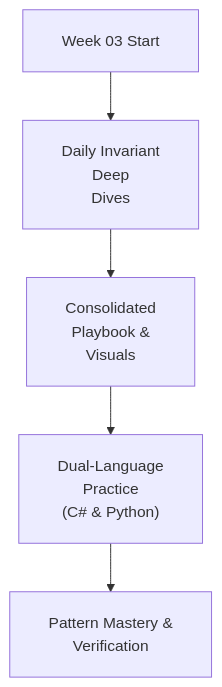
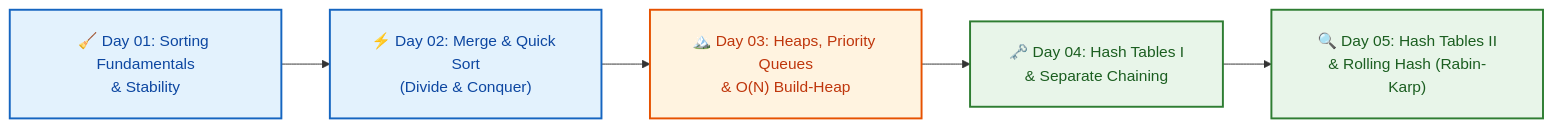
One commit to dip4k/DSA_102 changed the diagram in week_03_foundations_iii_sorting_and_hashing/README.md. Above: the diagram before and after it, drawn with Mermaid. The commit also changed other lines of this file and 147 other files, not shown here.

First line of the commit message:
feat(curriculum): enrich Weeks 01-19 instructional modules & resolve repository-wide Mermaid cutoff

````diff
--- a/week_03_foundations_iii_sorting_and_hashing/README.md
+++ b/week_03_foundations_iii_sorting_and_hashing/README.md
@@ -16,8 +16,12 @@
 ```mermaid
 %%{init: {"flowchart": {"htmlLabels": true, "padding": 20}, "themeCSS": "foreignObject { overflow: visible !important; }"}}%%
-flowchart TD
-    Start["Week 03 Start"] --> Daily["Daily Invariant<br/>Deep<br/>Dives"]
-    Daily --> Playbook["Consolidated<br/>Playbook &<br/>Visuals"]
-    Playbook --> DualLang["Dual-Language<br/>Practice<br/>(C# & Python)"]
-    DualLang --> Mastery["Pattern Mastery &<br/>Verification"]
+flowchart LR
+    classDef sortNode fill:#e3f2fd,stroke:#1565c0,stroke-width:2px,color:#0d47a1
+    classDef heapNode fill:#fff3e0,stroke:#e65100,stroke-width:2px,color:#bf360c
+    classDef hashNode fill:#e8f5e9,stroke:#2e7d32,stroke-width:2px,color:#1b5e20
+
+    D1["🧹 Day 01: Sorting Fundamentals<br/>& Stability"]:::sortNode --> D2["⚡ Day 02: Merge & Quick Sort<br/>(Divide & Conquer)"]:::sortNode
+    D2 --> D3["🏔️ Day 03: Heaps, Priority Queues<br/>& O(N) Build-Heap"]:::heapNode
+    D3 --> D4["🗝️ Day 04: Hash Tables I<br/>& Separate Chaining"]:::hashNode
+    D4 --> D5["🔍 Day 05: Hash Tables II<br/>& Rolling Hash (Rabin-Karp)"]:::hashNode
 ```
````
